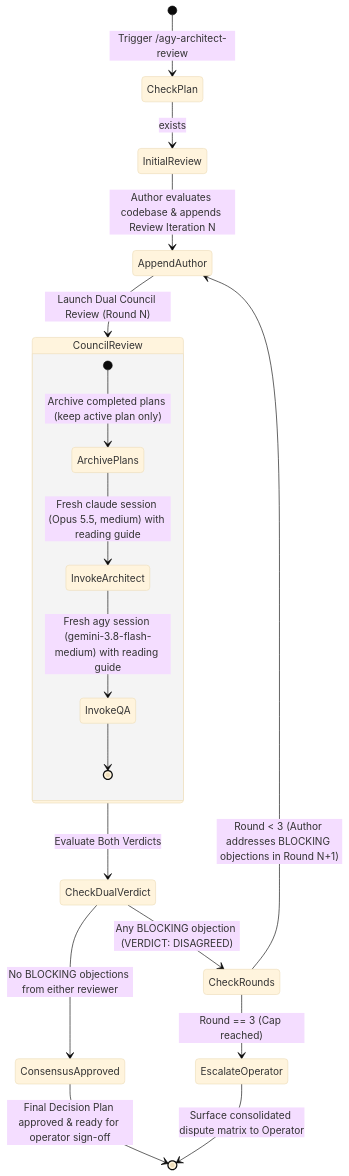
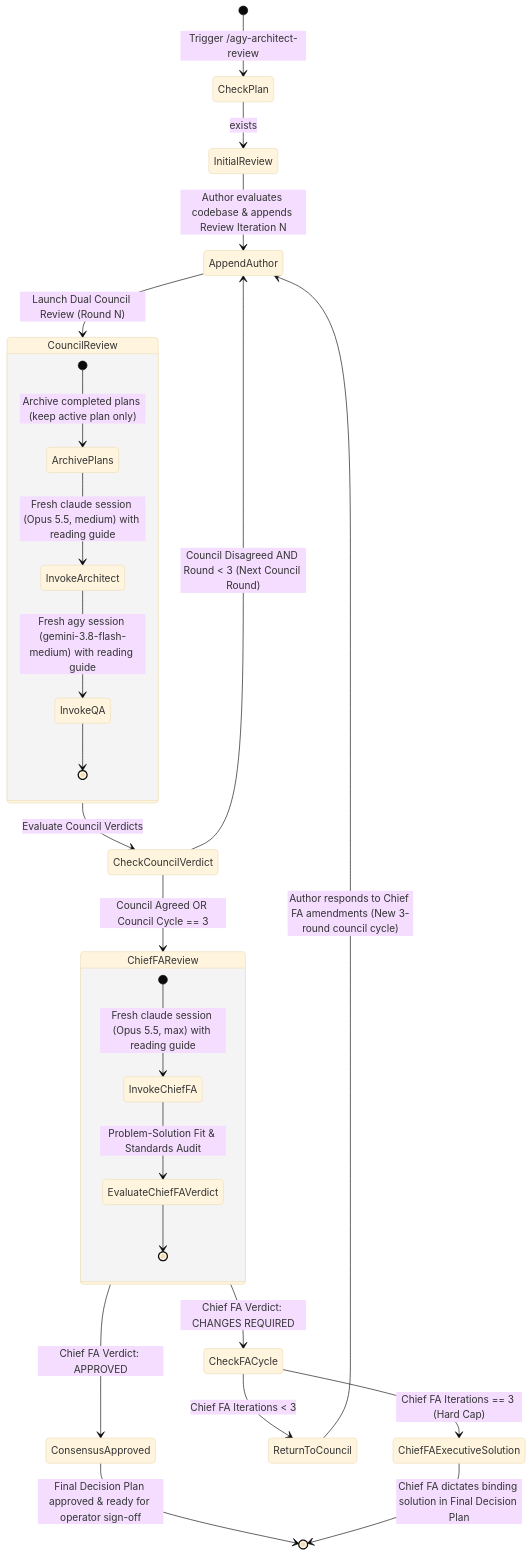
Before and after one commit to AntaresAndBharani/graph-engineering: the diagram in skills/agy-architect-review/SKILL.md, drawn with Mermaid (base theme). The commit also changed other lines of this file and 4 other files, not shown here.

Commit message:
feat(skills): introduce Two-Tier Chief Functional Architect validation gate to agy-architect-review (#208)

````diff
--- a/skills/agy-architect-review/SKILL.md
+++ b/skills/agy-architect-review/SKILL.md
@@ -55,24 +70,35 @@
 ```mermaid
 stateDiagram-v2
     [*] --> CheckPlan: Trigger /agy-architect-review
     CheckPlan --> InitialReview: <PLAN> exists
     InitialReview --> AppendAuthor: Author evaluates codebase & appends Review Iteration N
 
     AppendAuthor --> CouncilReview: Launch Dual Council Review (Round N)
     state CouncilReview {
         [*] --> ArchivePlans: Archive completed plans (keep active plan only)
         ArchivePlans --> InvokeArchitect: Fresh claude session (Opus 5.5, medium) with reading guide
         InvokeArchitect --> InvokeQA: Fresh agy session (gemini-3.8-flash-medium) with reading guide
         InvokeQA --> [*]
     }
 
-    CouncilReview --> CheckDualVerdict: Evaluate Both Verdicts
+    CouncilReview --> CheckCouncilVerdict: Evaluate Council Verdicts
 
-    CheckDualVerdict --> ConsensusApproved: No BLOCKING objections from either reviewer
+    CheckCouncilVerdict --> ChiefFAReview: Council Agreed OR Council Cycle == 3
+    CheckCouncilVerdict --> AppendAuthor: Council Disagreed AND Round < 3 (Next Council Round)
+
+    state ChiefFAReview {
+        [*] --> InvokeChiefFA: Fresh claude session (Opus 5.5, max) with reading guide
+        InvokeChiefFA --> EvaluateChiefFAVerdict: Problem-Solution Fit & Standards Audit
+        EvaluateChiefFAVerdict --> [*]
+    }
+
+    ChiefFAReview --> ConsensusApproved: Chief FA Verdict: APPROVED
     ConsensusApproved --> [*]: Final Decision Plan approved & ready for operator sign-off
 
-    CheckDualVerdict --> CheckRounds: Any BLOCKING objection (VERDICT: DISAGREED)
-    CheckRounds --> AppendAuthor: Round < 3 (Author addresses BLOCKING objections in Round N+1)
-    CheckRounds --> EscalateOperator: Round == 3 (Cap reached)
-    EscalateOperator --> [*]: Surface consolidated dispute matrix to Operator
+    ChiefFAReview --> CheckFACycle: Chief FA Verdict: CHANGES REQUIRED
+    CheckFACycle --> ReturnToCouncil: Chief FA Iterations < 3
+    ReturnToCouncil --> AppendAuthor: Author responds to Chief FA amendments (New 3-round council cycle)
+
+    CheckFACycle --> ChiefFAExecutiveSolution: Chief FA Iterations == 3 (Hard Cap)
+    ChiefFAExecutiveSolution --> [*]: Chief FA dictates binding solution in Final Decision Plan
 ```
````
